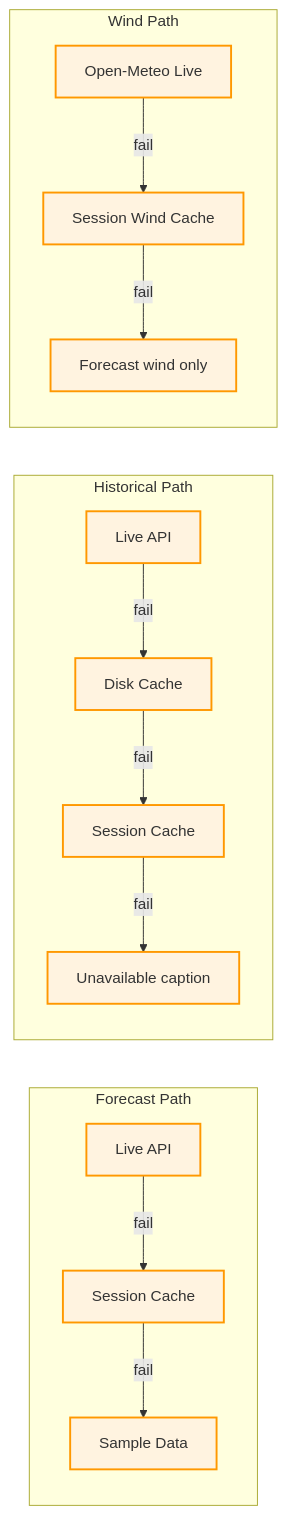
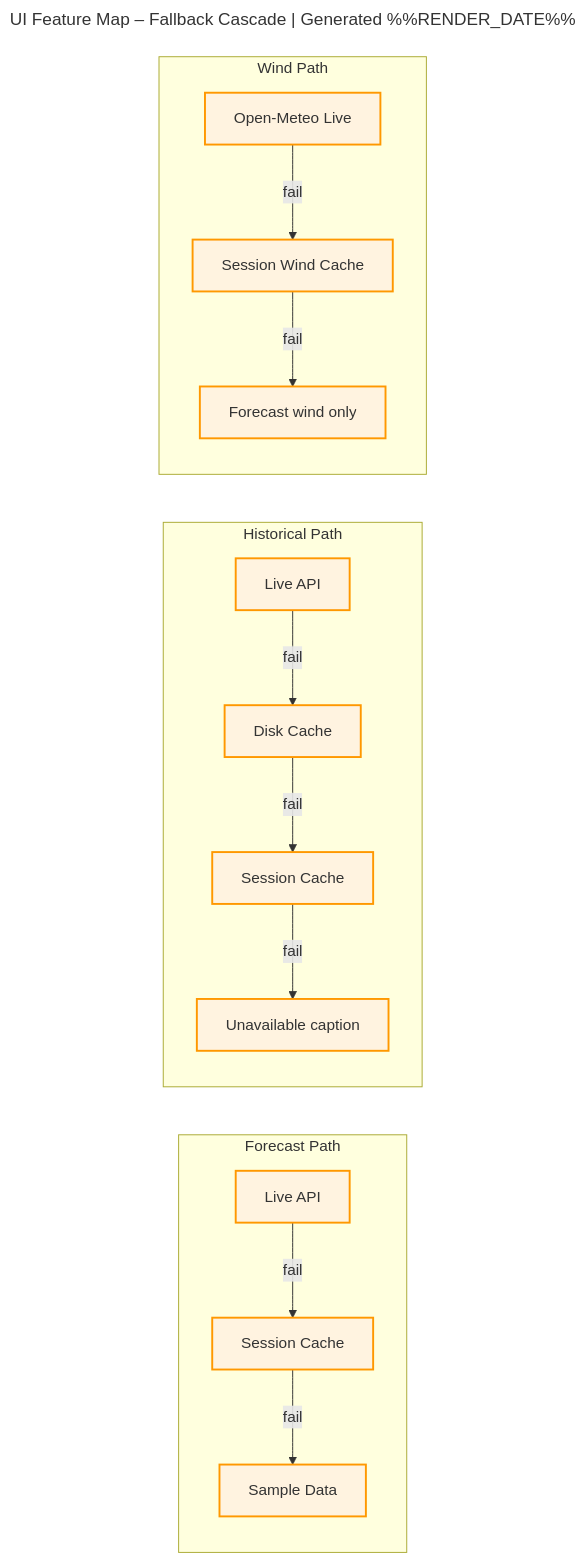
Before and after one commit to RobinWikoff/the-farm-monitor: the seventh of 7 diagrams in docs/c4/c4-ui-feature-map.md, drawn with Mermaid. The commit also changed other lines of this file and 27 other files, not shown here.

First line of the commit message:
Add diagram title + generation date header to all C4 diagrams

````diff
--- a/docs/c4/c4-ui-feature-map.md
+++ b/docs/c4/c4-ui-feature-map.md
@@ -298,24 +316,27 @@
 ```mermaid
+---
+title: UI Feature Map – Fallback Cascade | Generated %%RENDER_DATE%%
+---
 flowchart LR
     subgraph FC["Forecast Path"]
         direction TB
         F1["Live API"] -->|fail| F2["Session Cache"]
         F2 -->|fail| F3["Sample Data"]
     end
 
     subgraph HC["Historical Path"]
         direction TB
         H1["Live API"] -->|fail| H2["Disk Cache"]
         H2 -->|fail| H3["Session Cache"]
         H3 -->|fail| H4["Unavailable caption"]
     end
 
     subgraph WC["Wind Path"]
         direction TB
         W1["Open-Meteo Live"] -->|fail| W2["Session Wind Cache"]
         W2 -->|fail| W3["Forecast wind only"]
     end
 
     classDef cascade fill:#fff3e0,stroke:#FF9800,stroke-width:2px
     class F1,F2,F3,H1,H2,H3,H4,W1,W2,W3 cascade
 ```
````
